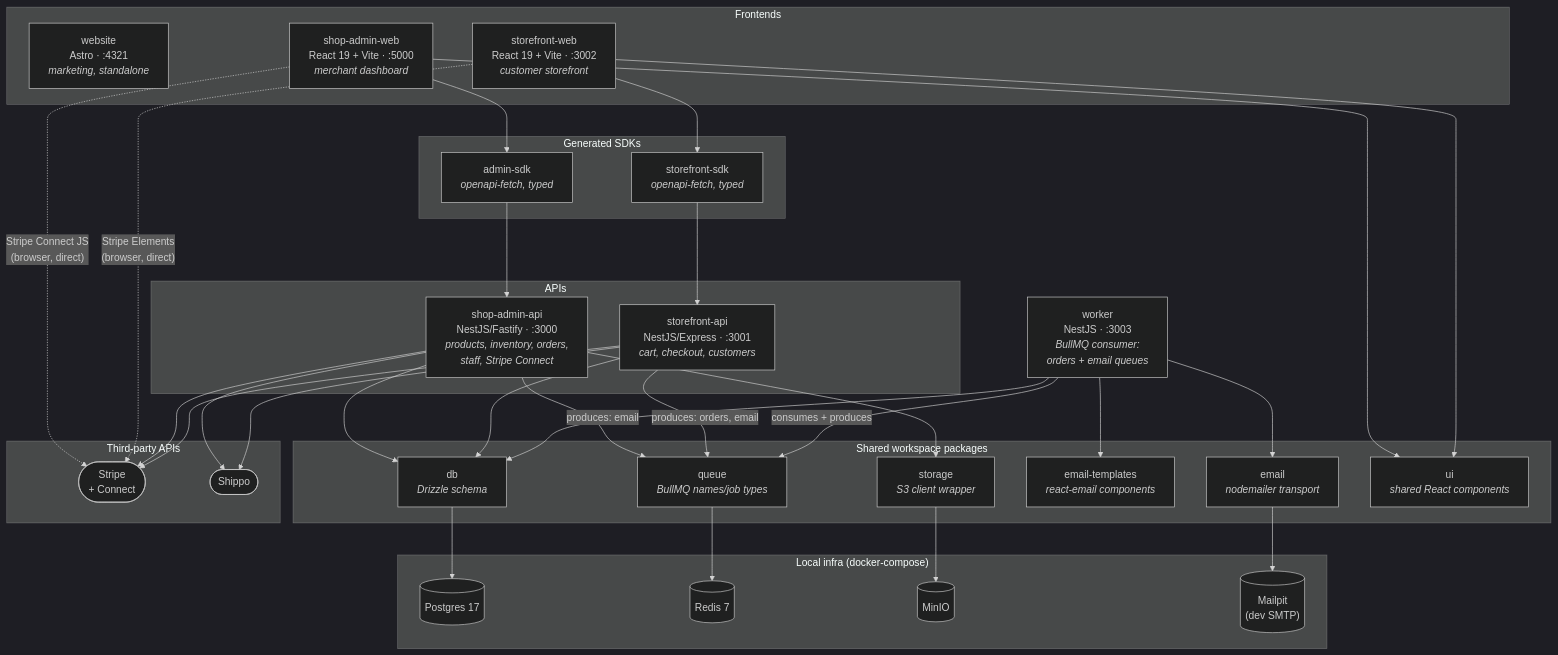
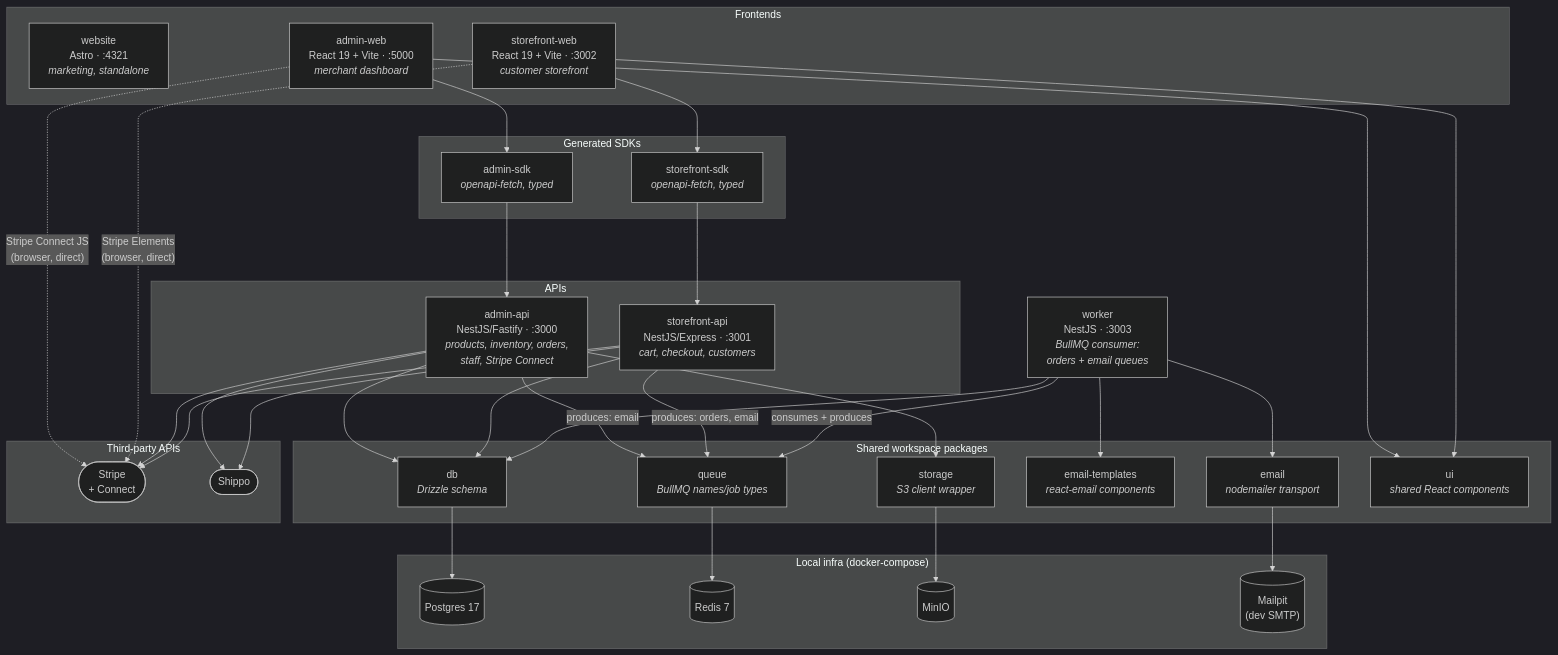
One commit to noel-vega/Finances changed the first of 2 diagrams in ARCHITECTURE.md. Above: the diagram before and after it, drawn with Mermaid (dark theme). The commit also changed other lines of this file and 25 other files, not shown here.

First line of the commit message:
chore: finish shop-admin-* -> admin-* rename; unbreak the build

````diff
--- a/ARCHITECTURE.md
+++ b/ARCHITECTURE.md
@@ -11,67 +11,67 @@
 ```mermaid
 flowchart TB
     subgraph FE["Frontends"]
         website["website<br/>Astro · :4321<br/><i>marketing, standalone</i>"]
-        adminweb["shop-admin-web<br/>React 19 + Vite · :5000<br/><i>merchant dashboard</i>"]
+        adminweb["admin-web<br/>React 19 + Vite · :5000<br/><i>merchant dashboard</i>"]
         storeweb["storefront-web<br/>React 19 + Vite · :3002<br/><i>customer storefront</i>"]
     end
 
     subgraph SDK["Generated SDKs"]
         adminsdk["admin-sdk<br/><i>openapi-fetch, typed</i>"]
         storesdk["storefront-sdk<br/><i>openapi-fetch, typed</i>"]
     end
 
     subgraph API["APIs"]
-        adminapi["shop-admin-api<br/>NestJS/Fastify · :3000<br/><i>products, inventory, orders,<br/>staff, Stripe Connect</i>"]
+        adminapi["admin-api<br/>NestJS/Fastify · :3000<br/><i>products, inventory, orders,<br/>staff, Stripe Connect</i>"]
         storeapi["storefront-api<br/>NestJS/Express · :3001<br/><i>cart, checkout, customers</i>"]
     end
 
     worker["worker<br/>NestJS · :3003<br/><i>BullMQ consumer:<br/>orders + email queues</i>"]
 
     subgraph PKG["Shared workspace packages"]
         db["db<br/><i>Drizzle schema</i>"]
         queue["queue<br/><i>BullMQ names/job types</i>"]
         email["email<br/><i>nodemailer transport</i>"]
         emailtpl["email-templates<br/><i>react-email components</i>"]
         storage["storage<br/><i>S3 client wrapper</i>"]
         ui["ui<br/><i>shared React components</i>"]
     end
 
     subgraph INFRA["Local infra (docker-compose)"]
         postgres[("Postgres 17")]
         redis[("Redis 7")]
         minio[("MinIO")]
         mailpit[("Mailpit<br/>(dev SMTP)")]
     end
 
     subgraph EXT["Third-party APIs"]
         stripe(["Stripe<br/>+ Connect"])
         shippo(["Shippo"])
     end
 
     adminweb --> adminsdk --> adminapi
     storeweb --> storesdk --> storeapi
     adminweb -. "Stripe Connect JS<br/>(browser, direct)" .-> stripe
     storeweb -. "Stripe Elements<br/>(browser, direct)" .-> stripe
     adminweb --> ui
     storeweb --> ui
 
     adminapi --> db
     storeapi --> db
     worker --> db
     db --> postgres
 
     adminapi -->|produces: email| queue
     storeapi -->|produces: orders, email| queue
     worker -->|consumes + produces| queue
     queue --> redis
 
     adminapi --> storage --> minio
     adminapi --> stripe
     adminapi --> shippo
     storeapi --> stripe
     storeapi --> shippo
 
     worker --> email --> mailpit
     worker --> emailtpl
 ```
````
